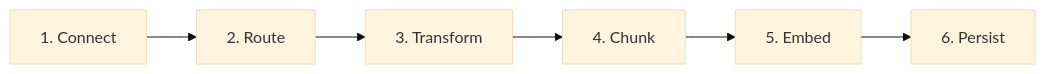
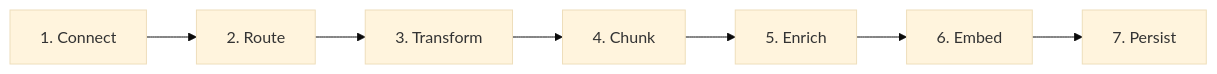
One commit to Unstructured-IO/docs changed the first of 2 diagrams in platform/overview.mdx. Above: the diagram before and after it, drawn with Mermaid (base theme). The commit also changed 9 other files, not shown here.

````diff
--- a/platform/overview.mdx
+++ b/platform/overview.mdx
@@ -16,4 +16,4 @@
 ```mermaid
   flowchart LR
-    Connect[1. Connect]-->Route[2. Route]-->Transform[3. Transform]-->Chunk[4. Chunk]-->Embed[5. Embed]-->Persist[6. Persist]
+    Connect[1. Connect]-->Route[2. Route]-->Transform[3. Transform]-->Chunk[4. Chunk]-->Emrich[5. Enrich]-->Embed[6. Embed]-->Persist[7. Persist]
 ```
````
